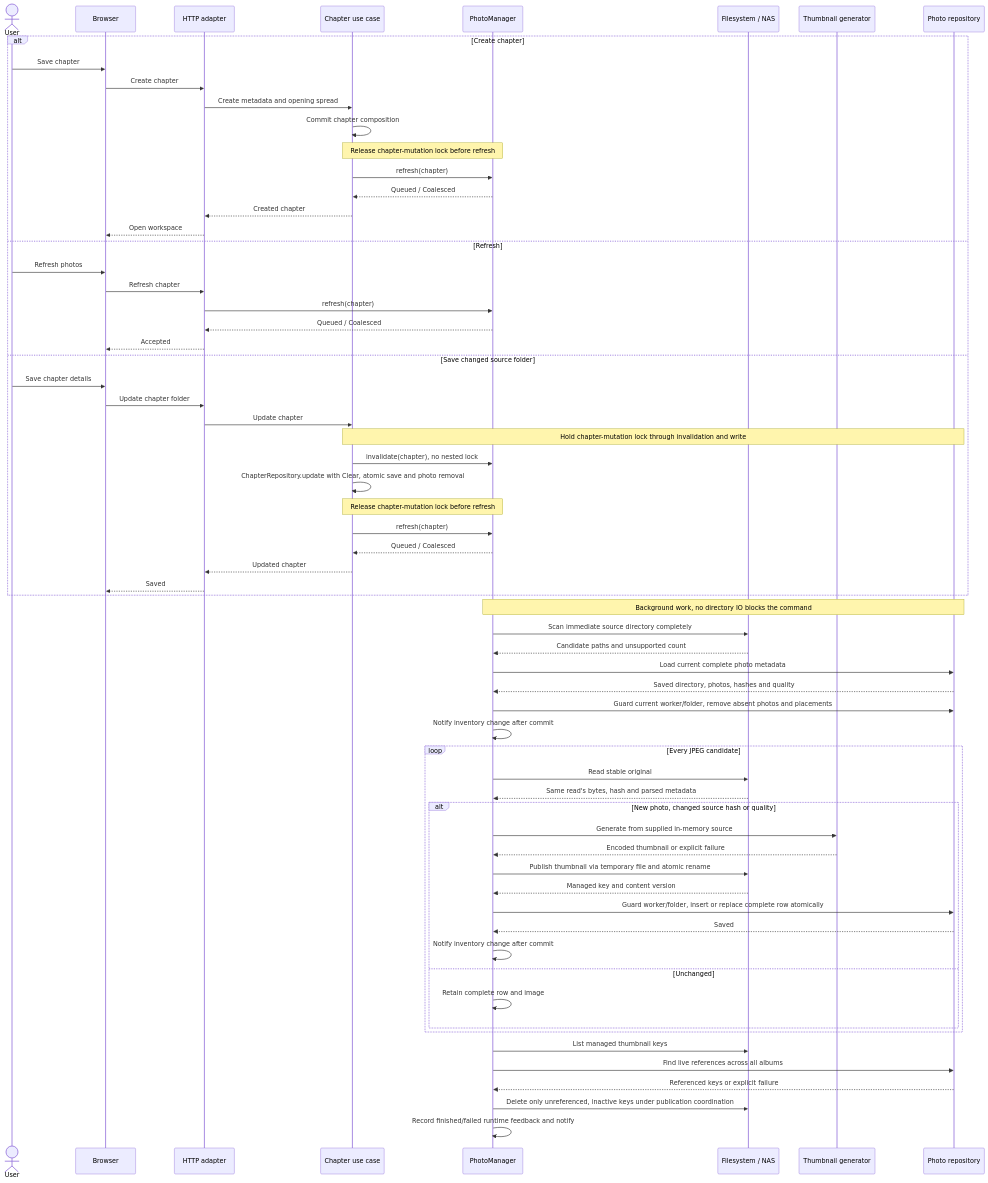
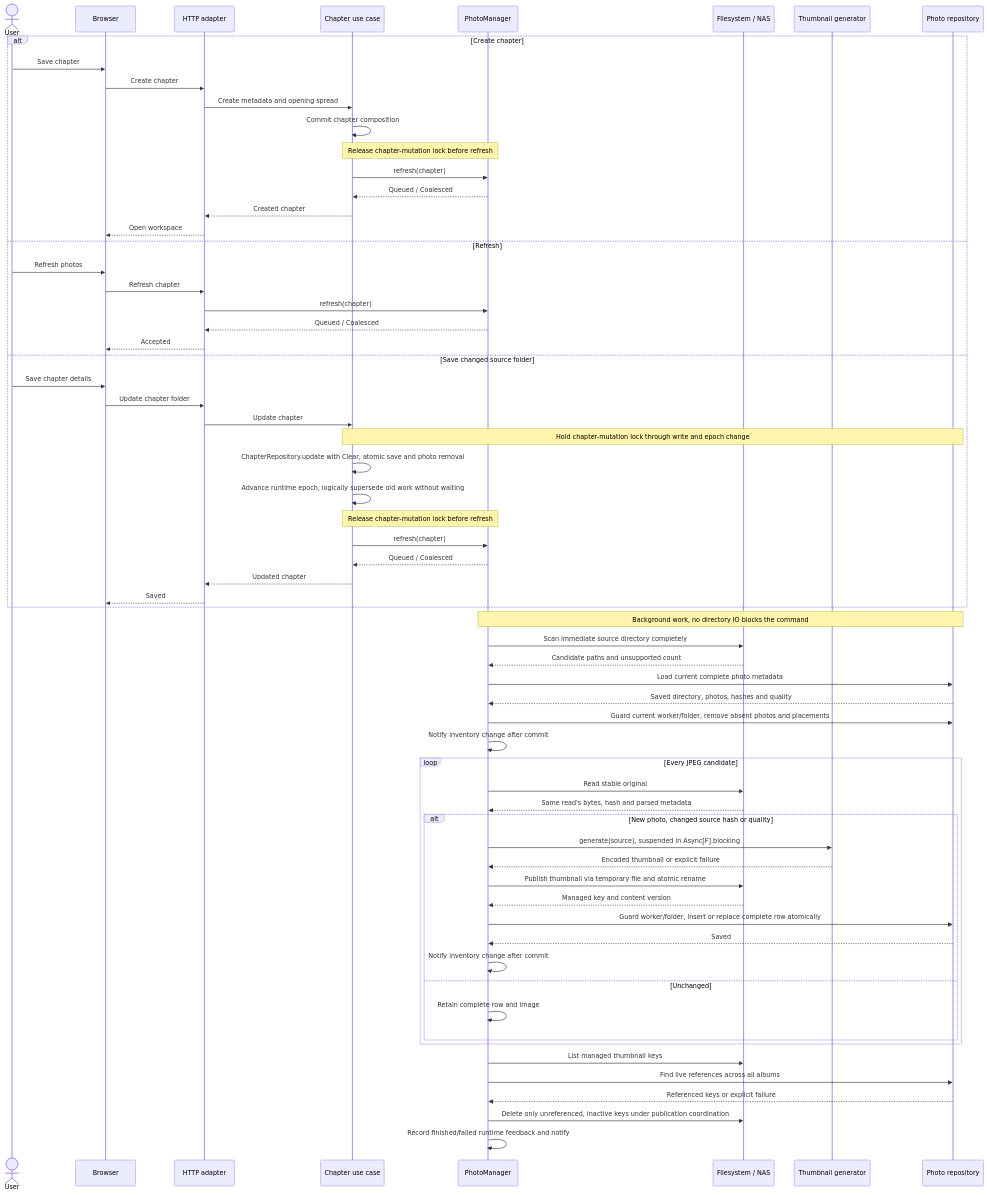
The first of 2 diagrams in specs/changes/chapter-photo-import/proposal.md (Shepherd-s-Den/photography), drawn with Mermaid before and after one commit. The commit also changed other lines of this file and 2 other files, not shown here.

````diff
--- a/specs/changes/chapter-photo-import/proposal.md
+++ b/specs/changes/chapter-photo-import/proposal.md
@@ -71,67 +71,67 @@
 ```mermaid
 sequenceDiagram
   actor U as User
   participant B as Browser
   participant H as HTTP adapter
   participant C as Chapter use case
   participant M as PhotoManager
   participant F as Filesystem / NAS
   participant G as Thumbnail generator
   participant R as Photo repository
   alt Create chapter
     U->>B: Save chapter
     B->>H: Create chapter
     H->>C: Create metadata and opening spread
     C->>C: Commit chapter composition
     Note over C,M: Release chapter-mutation lock before refresh
     C->>M: refresh(chapter)
     M-->>C: Queued / Coalesced
     C-->>H: Created chapter
     H-->>B: Open workspace
   else Refresh
     U->>B: Refresh photos
     B->>H: Refresh chapter
     H->>M: refresh(chapter)
     M-->>H: Queued / Coalesced
     H-->>B: Accepted
   else Save changed source folder
     U->>B: Save chapter details
     B->>H: Update chapter folder
     H->>C: Update chapter
-    Note over C,R: Hold chapter-mutation lock through invalidation and write
-    C->>M: invalidate(chapter), no nested lock
+    Note over C,R: Hold chapter-mutation lock through write and epoch change
     C->>C: ChapterRepository.update with Clear, atomic save and photo removal
+    C->>C: Advance runtime epoch, logically supersede old work without waiting
     Note over C,M: Release chapter-mutation lock before refresh
     C->>M: refresh(chapter)
     M-->>C: Queued / Coalesced
     C-->>H: Updated chapter
     H-->>B: Saved
   end
   Note over M,R: Background work, no directory IO blocks the command
   M->>F: Scan immediate source directory completely
   F-->>M: Candidate paths and unsupported count
   M->>R: Load current complete photo metadata
   R-->>M: Saved directory, photos, hashes and quality
   M->>R: Guard current worker/folder, remove absent photos and placements
   M->>M: Notify inventory change after commit
   loop Every JPEG candidate
     M->>F: Read stable original
     F-->>M: Same read's bytes, hash and parsed metadata
     alt New photo, changed source hash or quality
-      M->>G: Generate from supplied in-memory source
+      M->>G: generate(source), suspended in Async[F].blocking
       G-->>M: Encoded thumbnail or explicit failure
       M->>F: Publish thumbnail via temporary file and atomic rename
       F-->>M: Managed key and content version
       M->>R: Guard worker/folder, insert or replace complete row atomically
       R-->>M: Saved
       M->>M: Notify inventory change after commit
     else Unchanged
       M->>M: Retain complete row and image
     end
   end
   M->>F: List managed thumbnail keys
   M->>R: Find live references across all albums
   R-->>M: Referenced keys or explicit failure
   M->>F: Delete only unreferenced, inactive keys under publication coordination
   M->>M: Record finished/failed runtime feedback and notify
 ```
````
